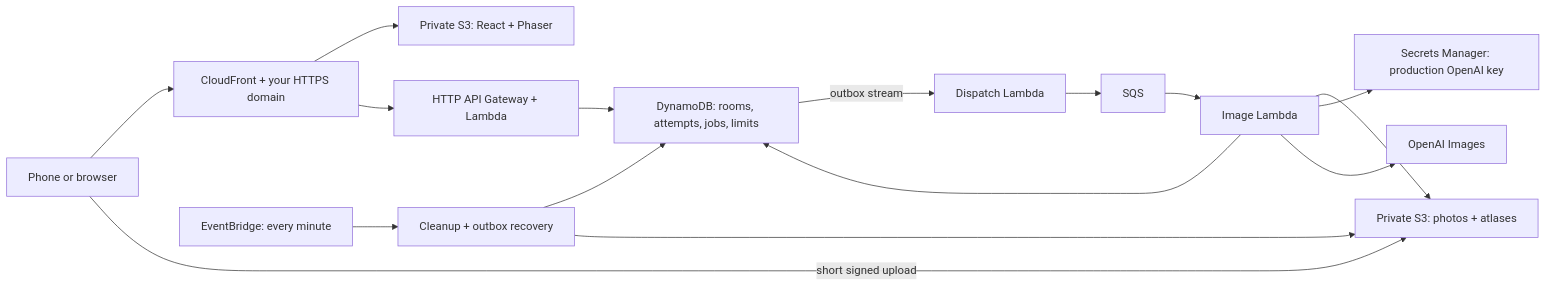
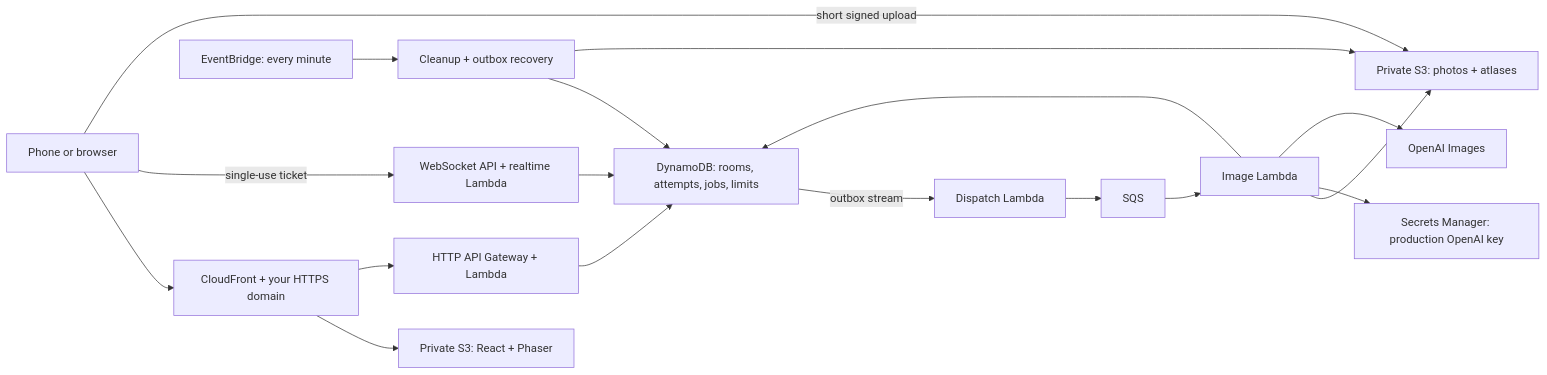
One commit to vinayakajith/catch-me-if-you-can changed the diagram in docs/AWS.md. Above: the diagram before and after it, drawn with Mermaid. The commit also changed other lines of this file and 19 other files, not shown here.

````diff
--- a/docs/AWS.md
+++ b/docs/AWS.md
@@ -7,18 +7,20 @@
 ```mermaid
 flowchart LR
   Phone[Phone or browser] --> CDN[CloudFront + your HTTPS domain]
   CDN --> Web[Private S3: React + Phaser]
   CDN --> API[HTTP API Gateway + Lambda]
   API --> State[DynamoDB: rooms, attempts, jobs, limits]
+  Phone -->|single-use ticket| WS[WebSocket API + realtime Lambda]
+  WS --> State
   Phone -->|short signed upload| Photos[Private S3: photos + atlases]
   State -->|outbox stream| Dispatcher[Dispatch Lambda]
   Dispatcher --> Queue[SQS]
   Queue --> Worker[Image Lambda]
   Worker --> Photos
   Worker --> State
   Worker --> Secret[Secrets Manager: production OpenAI key]
   Worker --> OpenAI[OpenAI Images]
   Timer[EventBridge: every minute] --> Cleanup[Cleanup + outbox recovery]
   Cleanup --> State
   Cleanup --> Photos
 ```
````
